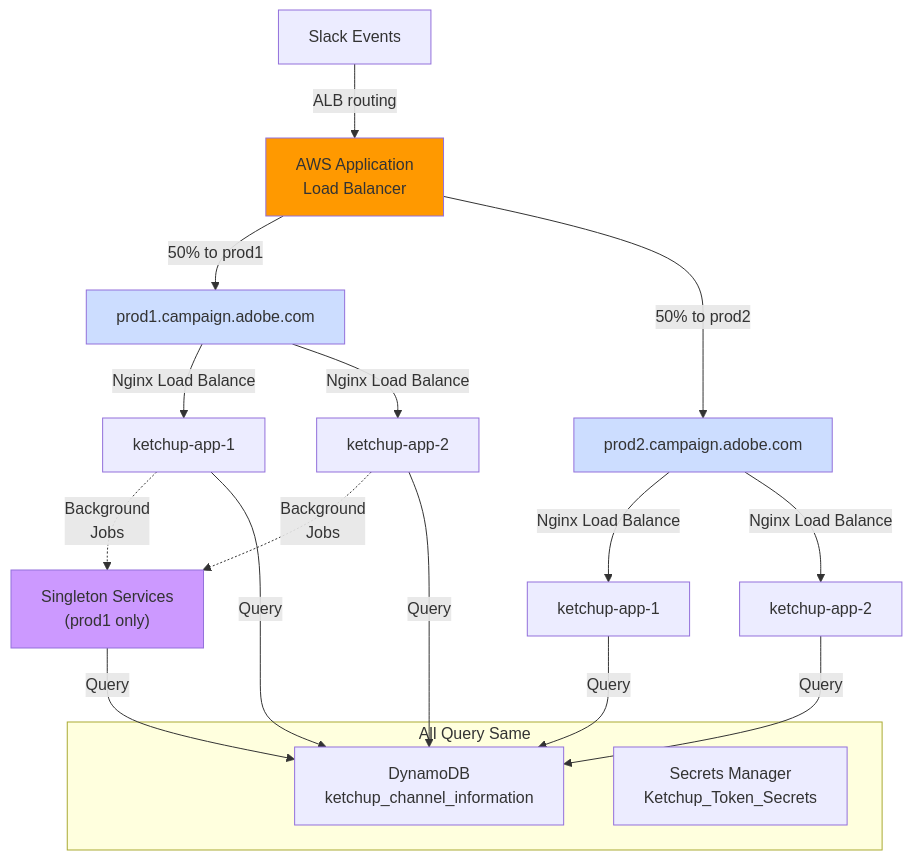
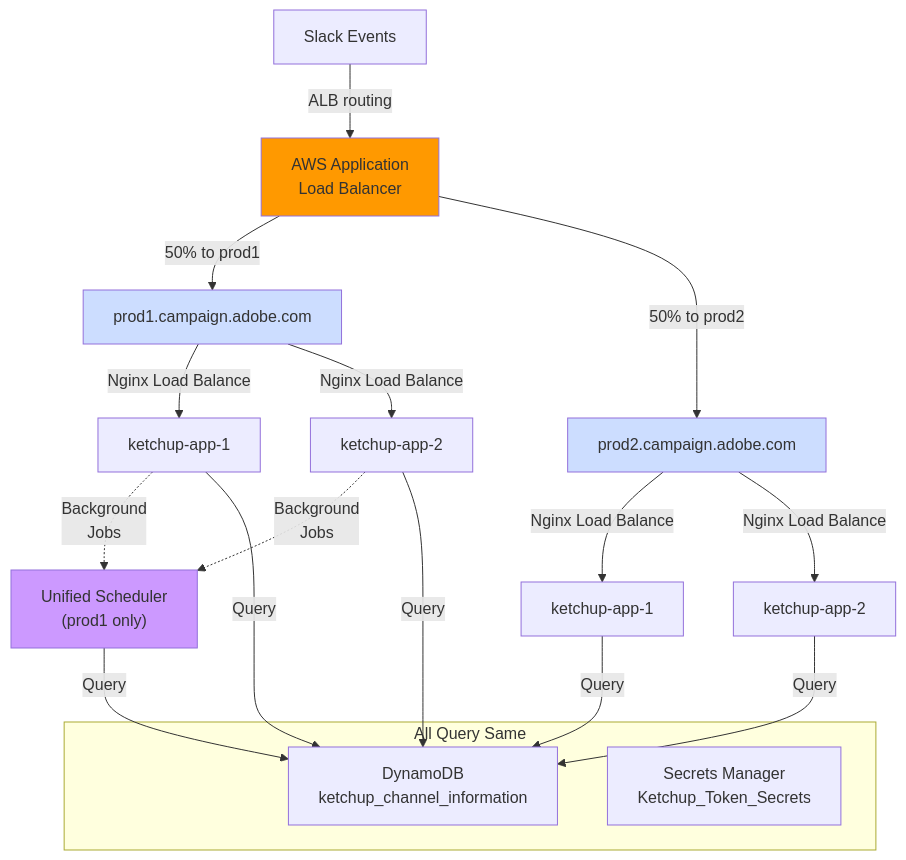
One commit to blueman82/mcp-exec changed the fourth of 5 diagrams in projects/ketchup/docs/diagrams/5-container-topology.md. Above: the diagram before and after it, drawn with Mermaid. The commit also changed other lines of this file and 6 other files, not shown here.

First line of the commit message:
docs: Update documentation for Phase 1 Unified Scheduler Consolidation

````diff
--- a/projects/ketchup/docs/diagrams/5-container-topology.md
+++ b/projects/ketchup/docs/diagrams/5-container-topology.md
@@ -206,34 +182,34 @@
 ```mermaid
 graph TD
     SlackEvents["Slack Events"]
     SlackEvents -->|ALB routing| LoadBalancer["AWS Application<br/>Load Balancer"]
 
     LoadBalancer -->|50% to prod1| Prod1["prod1.campaign.adobe.com"]
     LoadBalancer -->|50% to prod2| Prod2["prod2.campaign.adobe.com"]
 
     Prod1 -->|Nginx Load Balance| App1a["ketchup-app-1"]
     Prod1 -->|Nginx Load Balance| App1b["ketchup-app-2"]
 
     Prod2 -->|Nginx Load Balance| App2a["ketchup-app-1"]
     Prod2 -->|Nginx Load Balance| App2b["ketchup-app-2"]
 
-    App1a -.->|Background<br/>Jobs| Singleton["Singleton Services<br/>(prod1 only)"]
+    App1a -.->|Background<br/>Jobs| Singleton["Unified Scheduler<br/>(prod1 only)"]
     App1b -.->|Background<br/>Jobs| Singleton
 
     subgraph "All Query Same"
         DDB["DynamoDB<br/>ketchup_channel_information"]
         Secrets["Secrets Manager<br/>Ketchup_Token_Secrets"]
     end
 
     App1a -->|Query| DDB
     App1b -->|Query| DDB
     App2a -->|Query| DDB
     App2b -->|Query| DDB
 
     Singleton -->|Query| DDB
 
     style LoadBalancer fill:#ff9900
     style Prod1 fill:#ccddff
     style Prod2 fill:#ccddff
     style Singleton fill:#cc99ff
 ```
````
